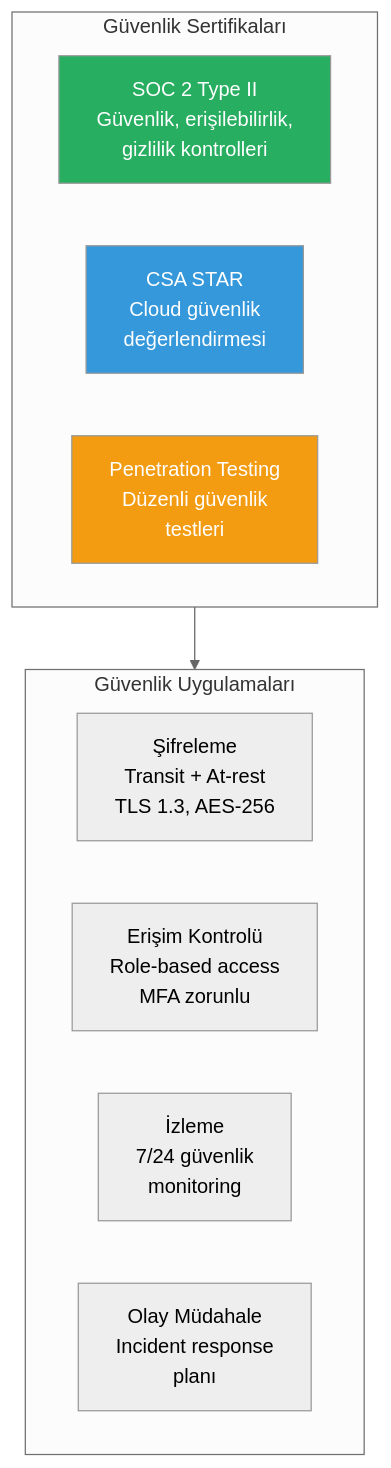
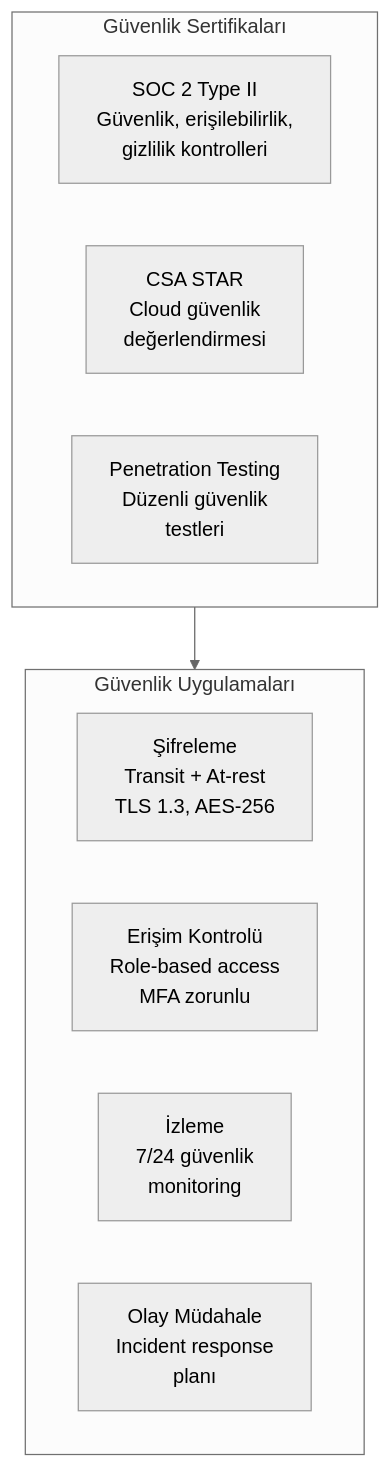
One commit to IzzetYasinAtes/ClaudeCodeHandbook changed the third of 8 diagrams in 18-kurumsal-kullanim/09-yasal-uyumluluk.md. Above: the diagram before and after it, drawn with Mermaid (neutral theme). The commit also changed other lines of this file and 97 other files, not shown here.

Commit message:
Remove all custom Mermaid style/fill colors from 98 markdown files for consistent dark theme rendering

````diff
--- a/18-kurumsal-kullanim/09-yasal-uyumluluk.md
+++ b/18-kurumsal-kullanim/09-yasal-uyumluluk.md
@@ -74,21 +65,18 @@
 ```mermaid
 flowchart TD
     subgraph certs ["Güvenlik Sertifikaları"]
         SOC2["SOC 2 Type II<br/>Güvenlik, erişilebilirlik,<br/>gizlilik kontrolleri"]
         CSA["CSA STAR<br/>Cloud güvenlik<br/>değerlendirmesi"]
         PENTEST["Penetration Testing<br/>Düzenli güvenlik<br/>testleri"]
     end
 
     subgraph practices ["Güvenlik Uygulamaları"]
         ENCRYPT["Şifreleme<br/>Transit + At-rest<br/>TLS 1.3, AES-256"]
         ACCESS["Erişim Kontrolü<br/>Role-based access<br/>MFA zorunlu"]
         MONITOR["İzleme<br/>7/24 güvenlik<br/>monitoring"]
         INCIDENT["Olay Müdahale<br/>Incident response<br/>planı"]
     end
 
     certs --> practices
 
-    style SOC2 fill:#27AE60,color:#fff
-    style CSA fill:#3498DB,color:#fff
-    style PENTEST fill:#F39C12,color:#fff
 ```
````
